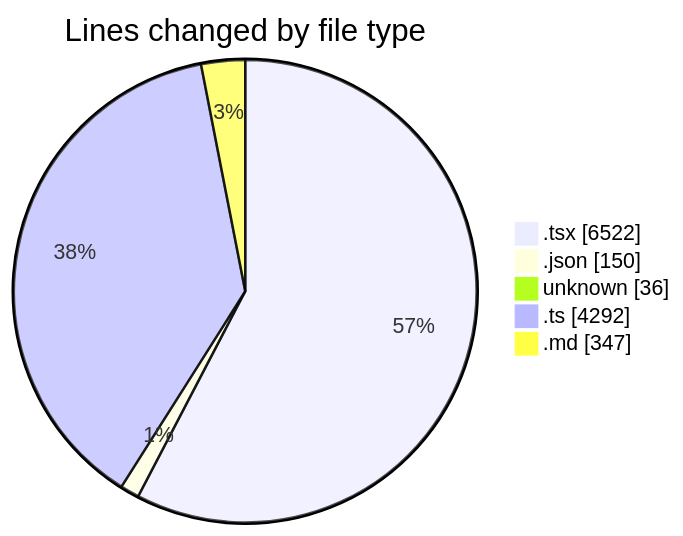
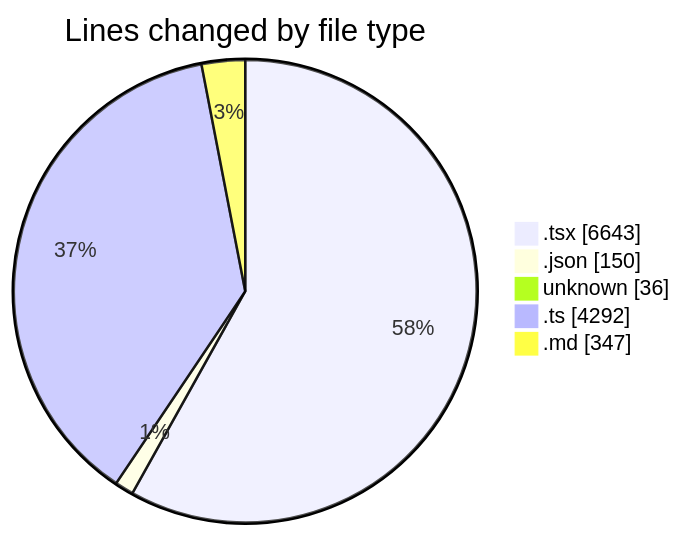
One commit to ernivani/code-tracking changed the first of 2 diagrams in 2025-01-03/tinycms/README.md. Above: the diagram before and after it, drawn with Mermaid. The commit also changed other lines of this file and 4 other files, not shown here.

````diff
--- a/2025-01-03/tinycms/README.md
+++ b/2025-01-03/tinycms/README.md
@@ -56,9 +59,9 @@
 ```mermaid
 pie showData
 title Lines changed by file type
-".tsx" : 6522
+".tsx" : 6643
 ".json" : 150
 "unknown" : 36
 ".ts" : 4292
 ".md" : 347
 ```
````
